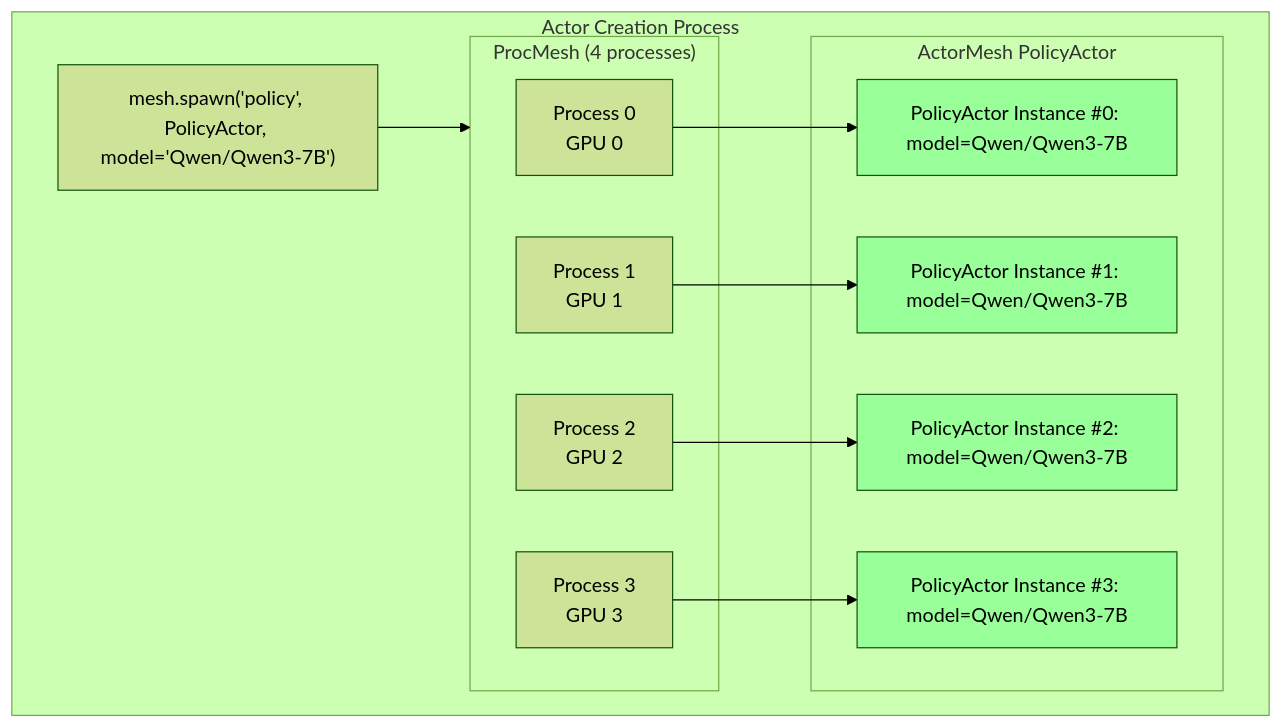
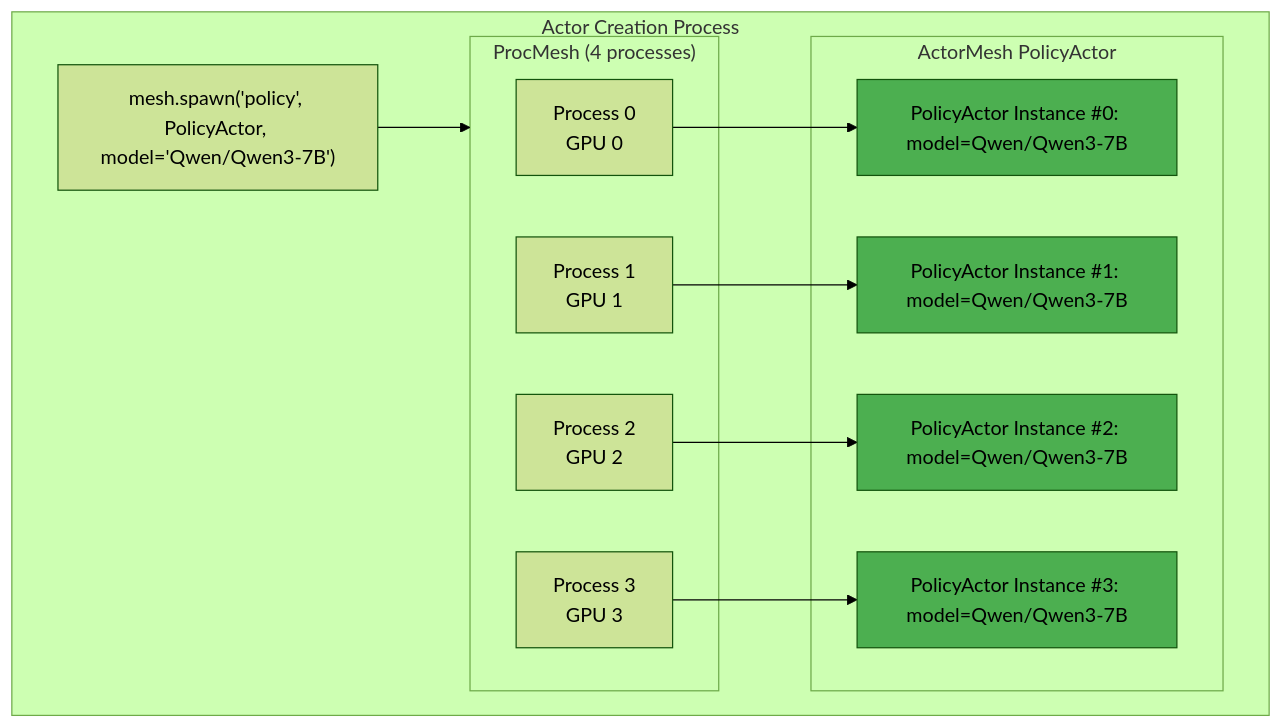
Before and after one commit to meta-pytorch/torchforge: the fourth of 8 diagrams in docs/Tutorials/3_Monarch_101.MD, drawn with Mermaid (forest theme). The commit also changed other lines of this file and 2 other files, not shown here.

````diff
--- a/docs/Tutorials/3_Monarch_101.MD
+++ b/docs/Tutorials/3_Monarch_101.MD
@@ -189,31 +189,31 @@
 ```mermaid
 graph TD
     subgraph Creation["Actor Creation Process"]
         Code["mesh.spawn('policy', PolicyActor, model='Qwen/Qwen3-7B')"]
 
         subgraph ProcMesh["ProcMesh (4 processes)"]
             P0["Process 0<br/>GPU 0"]
             P1["Process 1<br/>GPU 1"]
             P2["Process 2<br/>GPU 2"]
             P3["Process 3<br/>GPU 3"]
         end
 
         subgraph ActorMesh["ActorMesh PolicyActor"]
             A0["PolicyActor Instance #0: model=Qwen/Qwen3-7B"]
             A1["PolicyActor Instance #1: model=Qwen/Qwen3-7B"]
             A2["PolicyActor Instance #2: model=Qwen/Qwen3-7B"]
             A3["PolicyActor Instance #3: model=Qwen/Qwen3-7B"]
         end
 
         Code --> ProcMesh
         P0 --> A0
         P1 --> A1
         P2 --> A2
         P3 --> A3
     end
 
-    style A0 fill:#99ff99
-    style A1 fill:#99ff99
-    style A2 fill:#99ff99
-    style A3 fill:#99ff99
+    style A0 fill:#4CAF50
+    style A1 fill:#4CAF50
+    style A2 fill:#4CAF50
+    style A3 fill:#4CAF50
 ```
````
